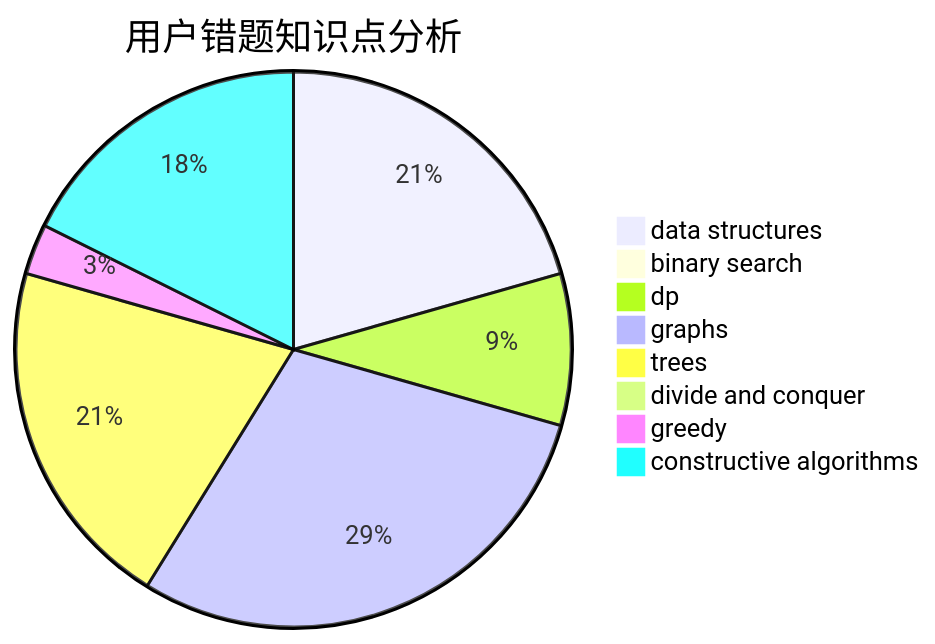
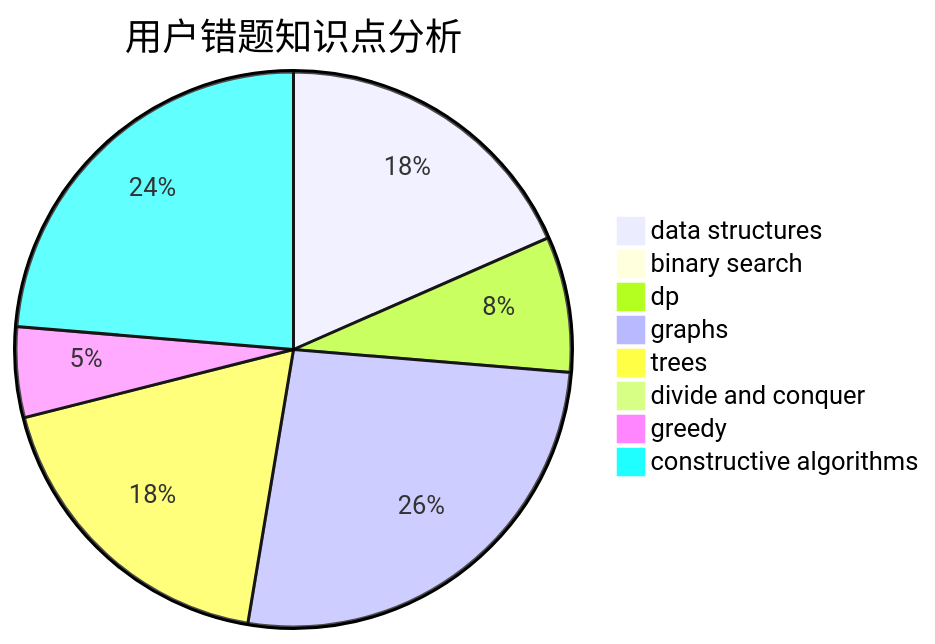
One commit to sherpahu/cfrs.github.io changed the third of 3 diagrams in docs/user/u641.md. Above: the diagram before and after it, drawn with Mermaid. The commit also changed other lines of this file and 2770 other files, not shown here.

````diff
--- a/docs/user/u641.md
+++ b/docs/user/u641.md
@@ -36,11 +36,11 @@
 ```mermaid
 pie title 用户错题知识点分析
     "data structures" :  7
     "binary search" :  0
     "dp" :  3
     "graphs" :  10
     "trees" :  7
     "divide and conquer" :  0
-    "greedy" :  1
-    "constructive algorithms" :  6
+    "greedy" :  2
+    "constructive algorithms" :  9
 ```
````
